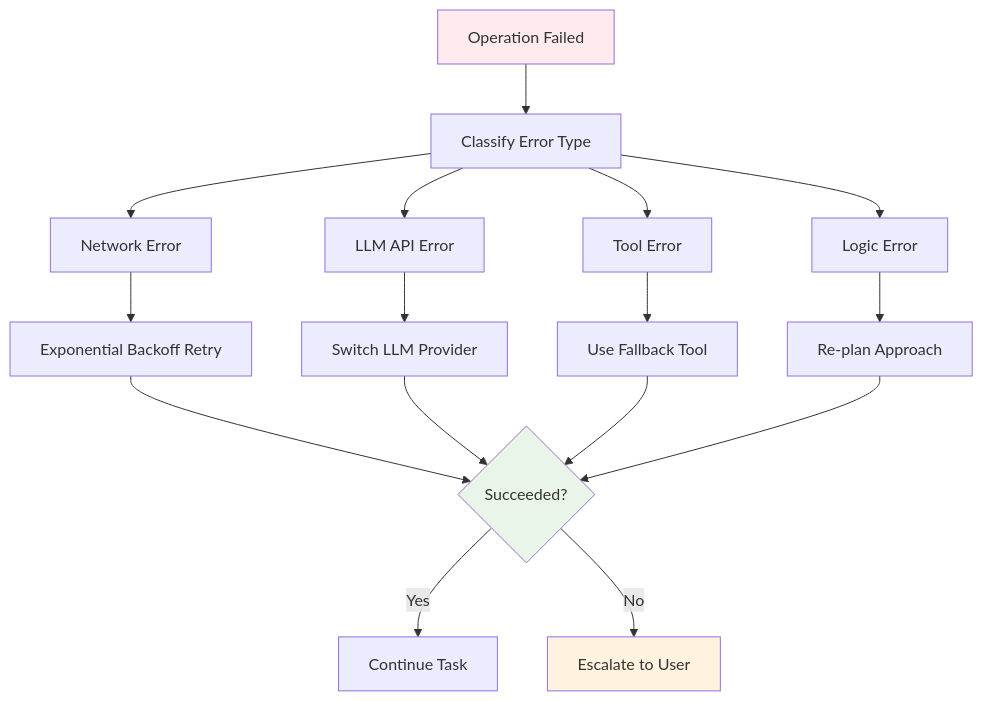
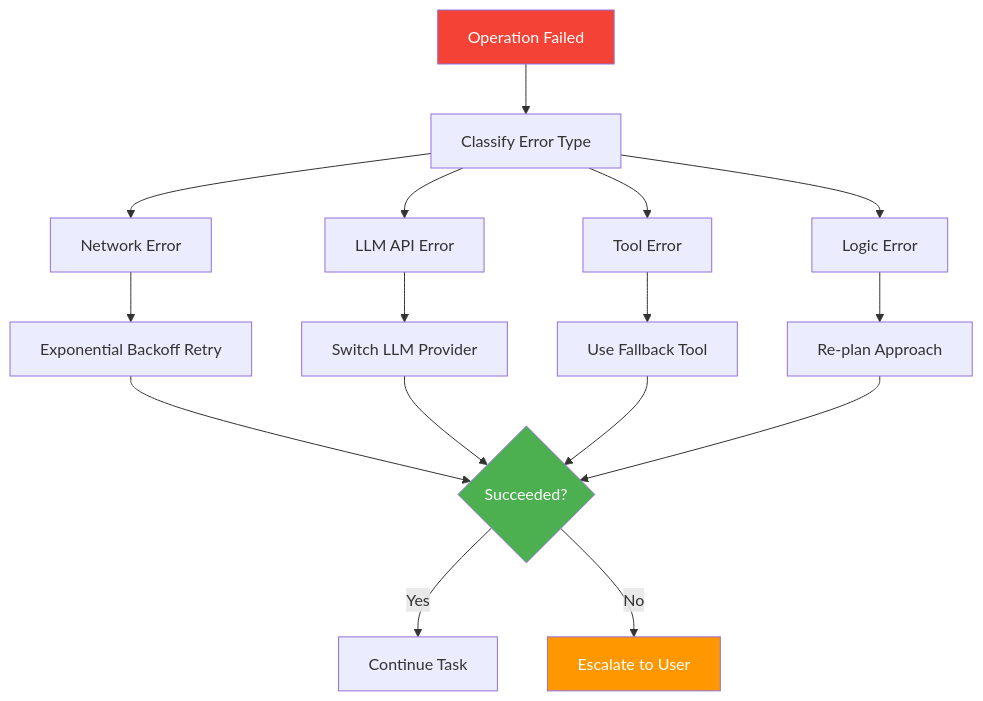
One commit to fwornle/agentic-ai-nano changed diagram 15 of 17 in docs-content/01_frameworks/Session1_ModuleD_Coding_Assistant_Case_Study.md. Above: the diagram before and after it, drawn with Mermaid. The commit also changed other lines of this file, not shown here.

Commit message:
docs: review Option D, styling (mermaid)

````diff
--- a/docs-content/01_frameworks/Session1_ModuleD_Coding_Assistant_Case_Study.md
+++ b/docs-content/01_frameworks/Session1_ModuleD_Coding_Assistant_Case_Study.md
@@ -934,26 +934,26 @@
 ```mermaid
 graph TD
     ERROR[Operation Failed] --> CLASSIFY[Classify Error Type]
     
     CLASSIFY --> NETWORK[Network Error]
     CLASSIFY --> LLM[LLM API Error] 
     CLASSIFY --> TOOL[Tool Error]
     CLASSIFY --> LOGIC[Logic Error]
     
     NETWORK --> RETRY[Exponential Backoff Retry]
     LLM --> SWITCH[Switch LLM Provider]
     TOOL --> FALLBACK[Use Fallback Tool]
     LOGIC --> REPLAN[Re-plan Approach]
     
     RETRY --> SUCCESS{Succeeded?}
     SWITCH --> SUCCESS
     FALLBACK --> SUCCESS
     REPLAN --> SUCCESS
     
     SUCCESS -->|Yes| CONTINUE[Continue Task]
     SUCCESS -->|No| ESCALATE[Escalate to User]
     
-    style ERROR fill:#ffebee
-    style SUCCESS fill:#e8f5e8
-    style ESCALATE fill:#fff3e0
+    style ERROR fill:#F44336,color:#ffffff
+    style SUCCESS fill:#4CAF50,color:#ffffff
+    style ESCALATE fill:#FF9800,color:#ffffff
 ```
````
